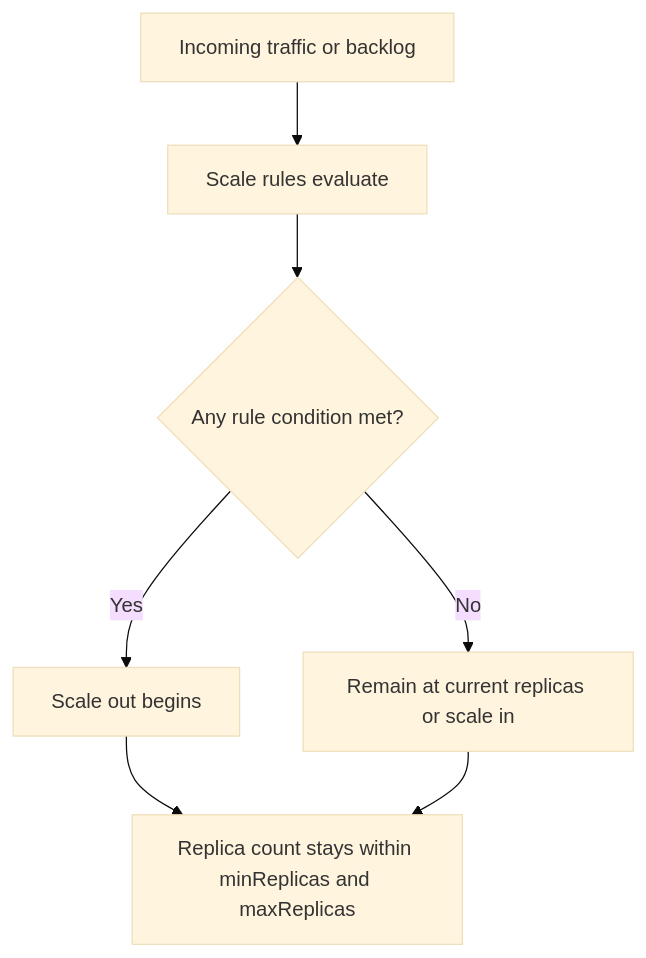
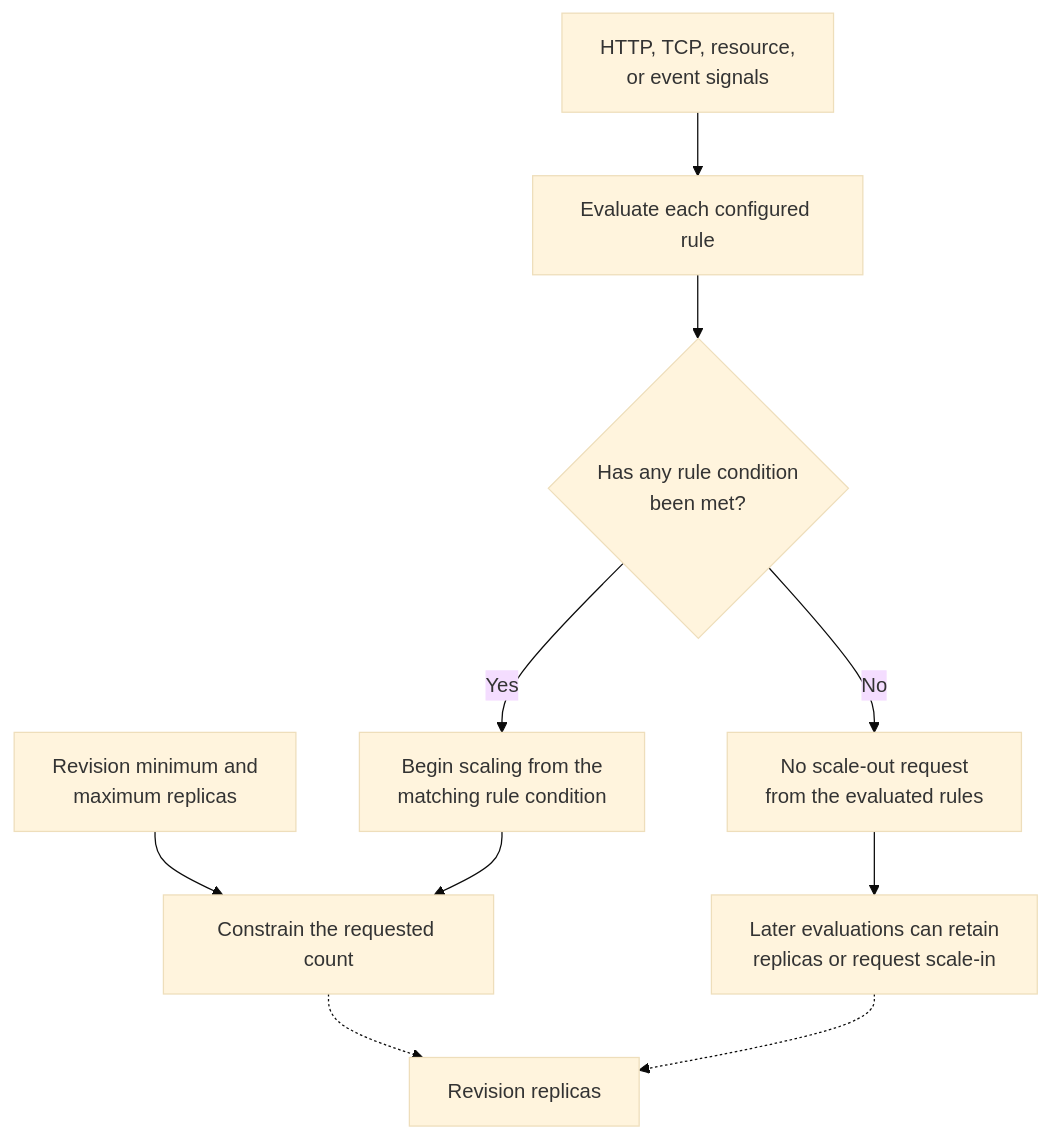
One commit to yeongseon/azure-container-apps-practical-guide changed the diagram in docs/platform/scaling/scaling-rules-reference.md. Above: the diagram before and after it, drawn with Mermaid (base theme). The commit also changed other lines of this file and 11 other files, not shown here.

Commit message:
docs(diagrams): migrate Container Apps scaling diagrams (#612)

````diff
--- a/docs/platform/scaling/scaling-rules-reference.md
+++ b/docs/platform/scaling/scaling-rules-reference.md
@@ -48,9 +53,15 @@
 ```mermaid
 flowchart TD
-    A[Incoming traffic or backlog] --> B[Scale rules evaluate]
-    B --> C{Any rule condition met?}
-    C -->|Yes| D[Scale out begins]
-    C -->|No| E[Remain at current replicas or scale in]
-    D --> F[Replica count stays within minReplicas and maxReplicas]
-    E --> F
+    accTitle: Evaluate multiple scale rules within replica limits
+    accDescr: Each configured rule evaluates its own signal. The app begins scaling when the first condition of any rule is met, while the revision minimum and maximum constrain the resulting replica count. If no condition is met, later evaluations can retain or reduce replicas according to rule behavior.
+
+    SIGNAL[HTTP, TCP, resource,<br/>or event signals] --> RULES[Evaluate each configured rule]
+    RULES --> ANY{Has any rule condition<br/>been met?}
+    ANY -->|Yes| REQUEST[Begin scaling from the<br/>matching rule condition]
+    ANY -->|No| NO_UP[No scale-out request<br/>from the evaluated rules]
+    LIMITS[Revision minimum and<br/>maximum replicas] --> CLAMP[Constrain the requested count]
+    REQUEST --> CLAMP
+    CLAMP -.-> REPLICAS[Revision replicas]
+    NO_UP --> LATER[Later evaluations can retain<br/>replicas or request scale-in]
+    LATER -.-> REPLICAS
 ```
````
